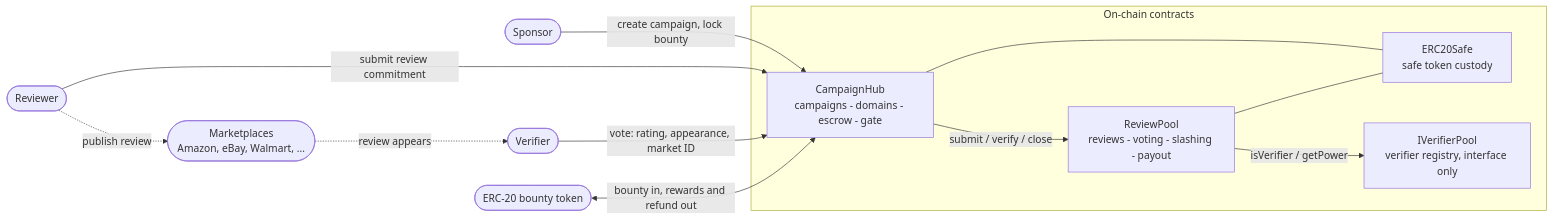
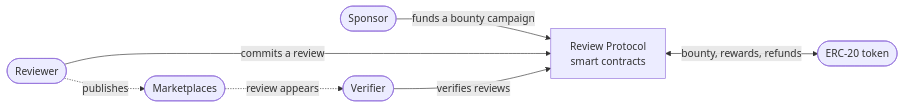
One commit to ws4charlie/review-contracts changed the first of 3 diagrams in README.md. Above: the diagram before and after it, drawn with Mermaid. The commit also changed other lines of this file, not shown here.

Commit message:
docs: simplify README diagrams

````diff
--- a/README.md
+++ b/README.md
@@ -15,19 +17,10 @@
 ```mermaid
 flowchart LR
-    Sponsor([Sponsor]) -->|create campaign, lock bounty| Hub
-    Reviewer([Reviewer]) -->|submit review commitment| Hub
-    Verifier([Verifier]) -->|vote: rating, appearance, market ID| Hub
-    subgraph Onchain[On-chain contracts]
-        Hub[CampaignHub<br/>campaigns - domains - escrow - gate]
-        Pool[ReviewPool<br/>reviews - voting - slashing - payout]
-        Safe[ERC20Safe<br/>safe token custody]
-        VPool[IVerifierPool<br/>verifier registry, interface only]
-        Hub -->|submit / verify / close| Pool
-        Hub --- Safe
-        Pool --- Safe
-        Pool -->|isVerifier / getPower| VPool
-    end
-    Token([ERC-20 bounty token]) <-->|bounty in, rewards and refund out| Hub
-    Reviewer -.->|publish review| Mkt([Marketplaces<br/>Amazon, eBay, Walmart, ...])
+    Sponsor([Sponsor]) -->|funds a bounty campaign| Hub
+    Reviewer([Reviewer]) -->|commits a review| Hub
+    Verifier([Verifier]) -->|verifies reviews| Hub
+    Hub[Review Protocol<br/>smart contracts]
+    Hub <-->|bounty, rewards, refunds| Token([ERC-20 token])
+    Reviewer -.->|publishes| Mkt([Marketplaces])
     Mkt -.->|review appears| Verifier
 ```
````
